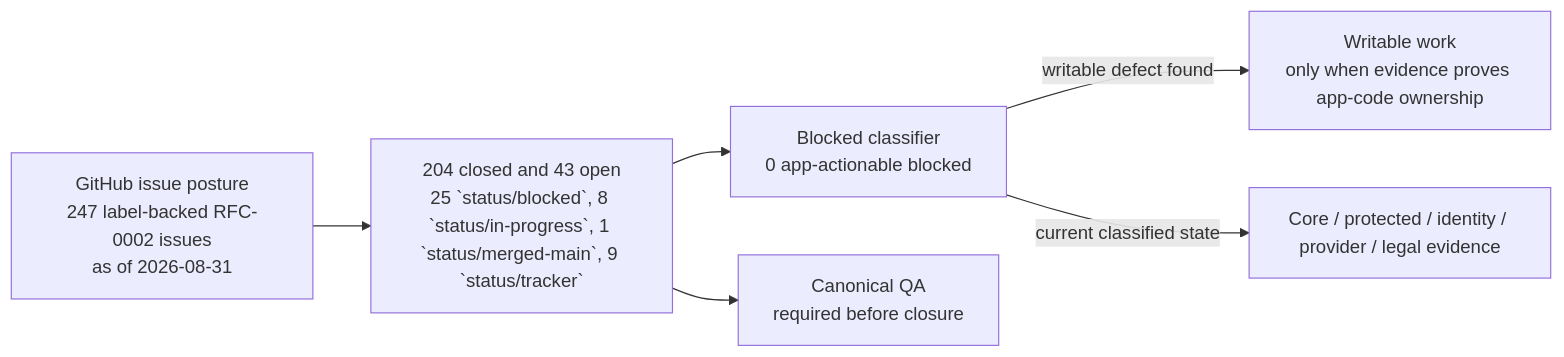
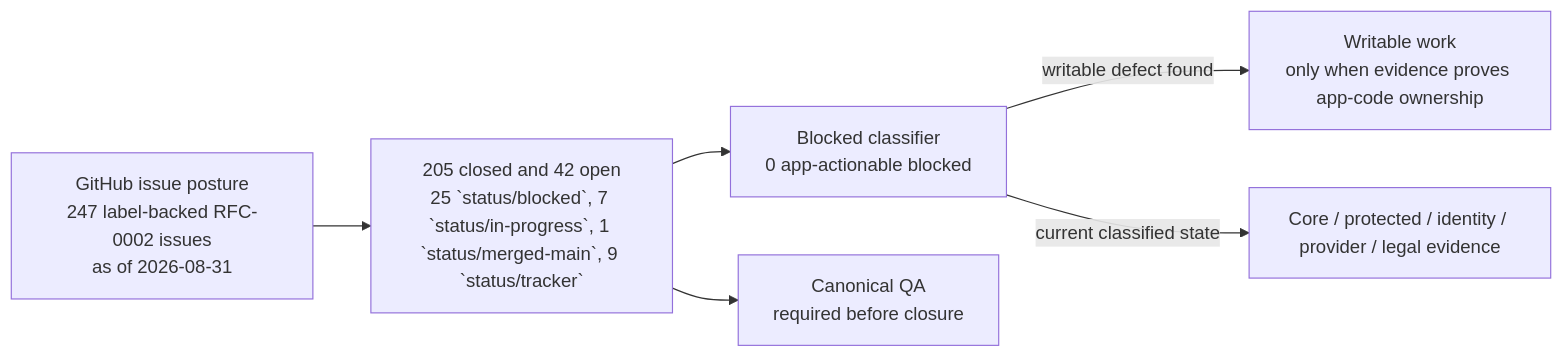
Before and after one commit to sgajbi/lotus-idea: the first of 2 diagrams in wiki/RFC-0002-Execution-Status.md, drawn with Mermaid. The commit also changed other lines of this file and 6 other files, not shown here.

````diff
--- a/wiki/RFC-0002-Execution-Status.md
+++ b/wiki/RFC-0002-Execution-Status.md
@@ -48,15 +48,15 @@
 ```mermaid
 flowchart LR
     Issues["GitHub issue posture<br/>247 label-backed RFC-0002 issues<br/>as of 2026-08-31"]
-    Open["204 closed and 43 open<br/>25 `status/blocked`, 8 `status/in-progress`, 1 `status/merged-main`, 9 `status/tracker`"]
+    Open["205 closed and 42 open<br/>25 `status/blocked`, 7 `status/in-progress`, 1 `status/merged-main`, 9 `status/tracker`"]
     Blocked["Blocked classifier<br/>0 app-actionable blocked"]
     Work["Writable work<br/>only when evidence proves app-code ownership"]
     External["Core / protected / identity / provider / legal evidence"]
     QA["Canonical QA<br/>required before closure"]
 
     Issues --> Open
     Open --> Blocked
     Blocked -->|"writable defect found"| Work
     Blocked -->|"current classified state"| External
     Open --> QA
 ```
````
